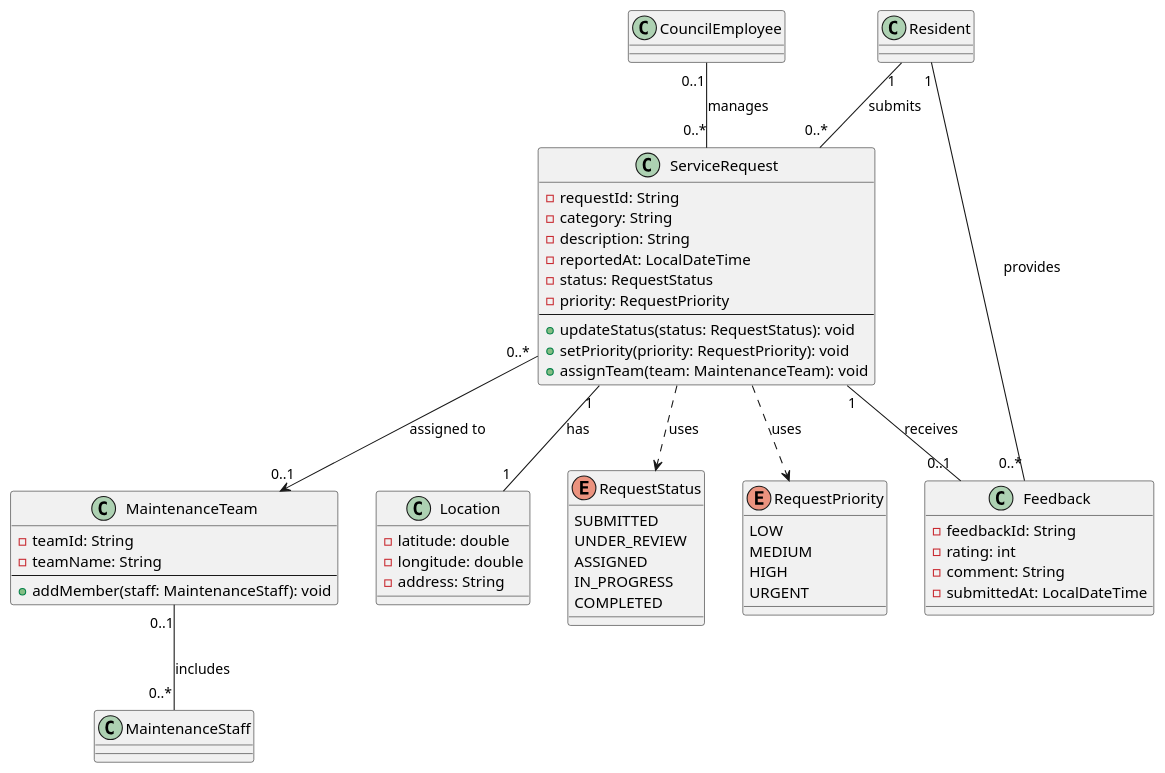
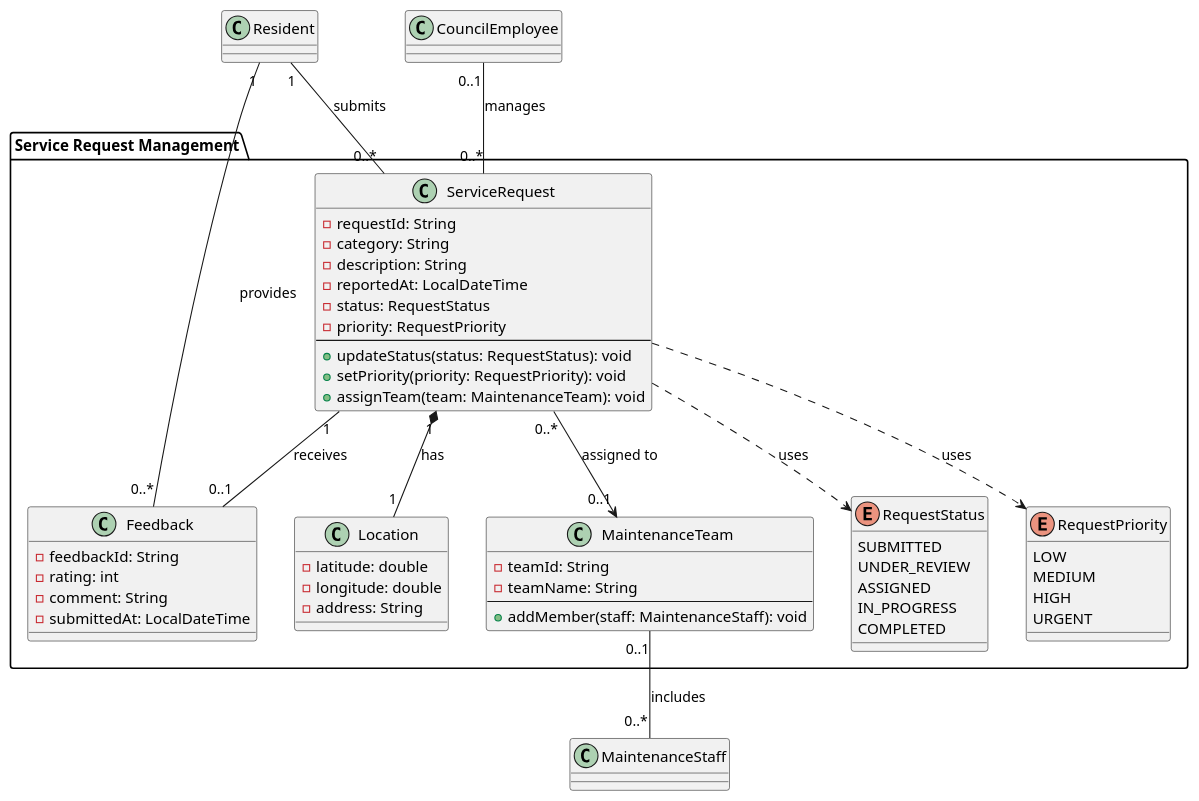
One commit to gg-sajanbasnet/ICT602-MEL_S2_2026-1 changed the diagram in docs/uml/modules/service-request.puml. Above: the diagram before and after it, drawn with PlantUML. The commit also changed 3 other files, not shown here.

Commit message:
refactor(uml): organize service request and facility booking into packages

```diff
--- a/docs/uml/modules/service-request.puml
+++ b/docs/uml/modules/service-request.puml
@@ -1,69 +1,73 @@
 
 ' =========================================
 ' SERVICE REQUEST MANAGEMENT MODULE
 ' =========================================
-class ServiceRequest {
-  - requestId: String
-  - category: String
-  - description: String
-  - reportedAt: LocalDateTime
-  - status: RequestStatus
-  - priority: RequestPriority
-  --
-  + updateStatus(status: RequestStatus): void
-  + setPriority(priority: RequestPriority): void
-  + assignTeam(team: MaintenanceTeam): void
-}
 
-class Location {
-  - latitude: double
-  - longitude: double
-  - address: String
-}
+package "Service Request Management" {
 
-class MaintenanceTeam {
-  - teamId: String
-  - teamName: String
-  --
-  + addMember(staff: MaintenanceStaff): void
-}
+  class ServiceRequest {
+    - requestId: String
+    - category: String
+    - description: String
+    - reportedAt: LocalDateTime
+    - status: RequestStatus
+    - priority: RequestPriority
+    --
+    + updateStatus(status: RequestStatus): void
+    + setPriority(priority: RequestPriority): void
+    + assignTeam(team: MaintenanceTeam): void
+  }
 
-class Feedback {
-  - feedbackId: String
-  - rating: int
-  - comment: String
-  - submittedAt: LocalDateTime
-}
+  class Location {
+    - latitude: double
+    - longitude: double
+    - address: String
+  }
 
-enum RequestStatus {
-  SUBMITTED
-  UNDER_REVIEW
-  ASSIGNED
-  IN_PROGRESS
-  COMPLETED
-}
+  class MaintenanceTeam {
+    - teamId: String
+    - teamName: String
+    --
+    + addMember(staff: MaintenanceStaff): void
+  }
 
-enum RequestPriority {
-  LOW
-  MEDIUM
-  HIGH
-  URGENT
+  class Feedback {
+    - feedbackId: String
+    - rating: int
+    - comment: String
+    - submittedAt: LocalDateTime
+  }
+
+  enum RequestStatus {
+    SUBMITTED
+    UNDER_REVIEW
+    ASSIGNED
+    IN_PROGRESS
+    COMPLETED
+  }
+
+  enum RequestPriority {
+    LOW
+    MEDIUM
+    HIGH
+    URGENT
+  }
 }
 
 ' =========================================
 ' SERVICE REQUEST RELATIONSHIPS
 ' =========================================
 
 Resident "1" -- "0..*" ServiceRequest : submits
 Resident "1" -- "0..*" Feedback : provides
 
-ServiceRequest "1" -- "1" Location : has
+ServiceRequest "1" *-- "1" Location : has
 ServiceRequest "0..*" --> "0..1" MaintenanceTeam : assigned to
 ServiceRequest "1" -- "0..1" Feedback : receives
 
 MaintenanceTeam "0..1" -- "0..*" MaintenanceStaff : includes
 
 CouncilEmployee "0..1" -- "0..*" ServiceRequest : manages
 
 ServiceRequest ..> RequestStatus : uses
 ServiceRequest ..> RequestPriority : uses
```
